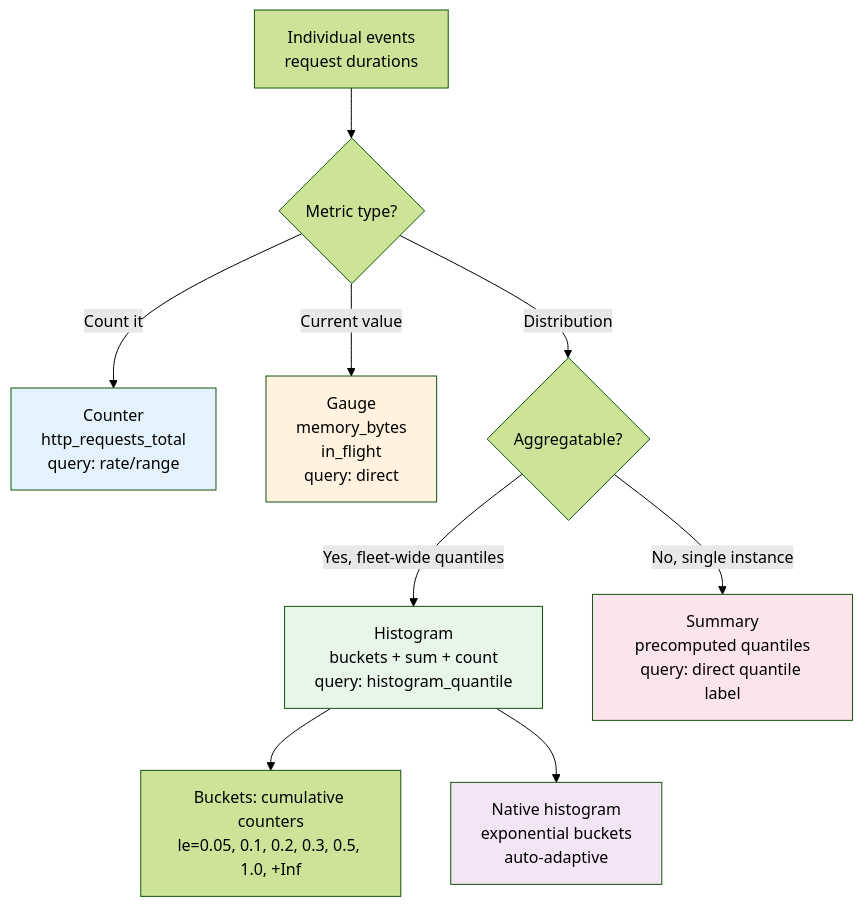
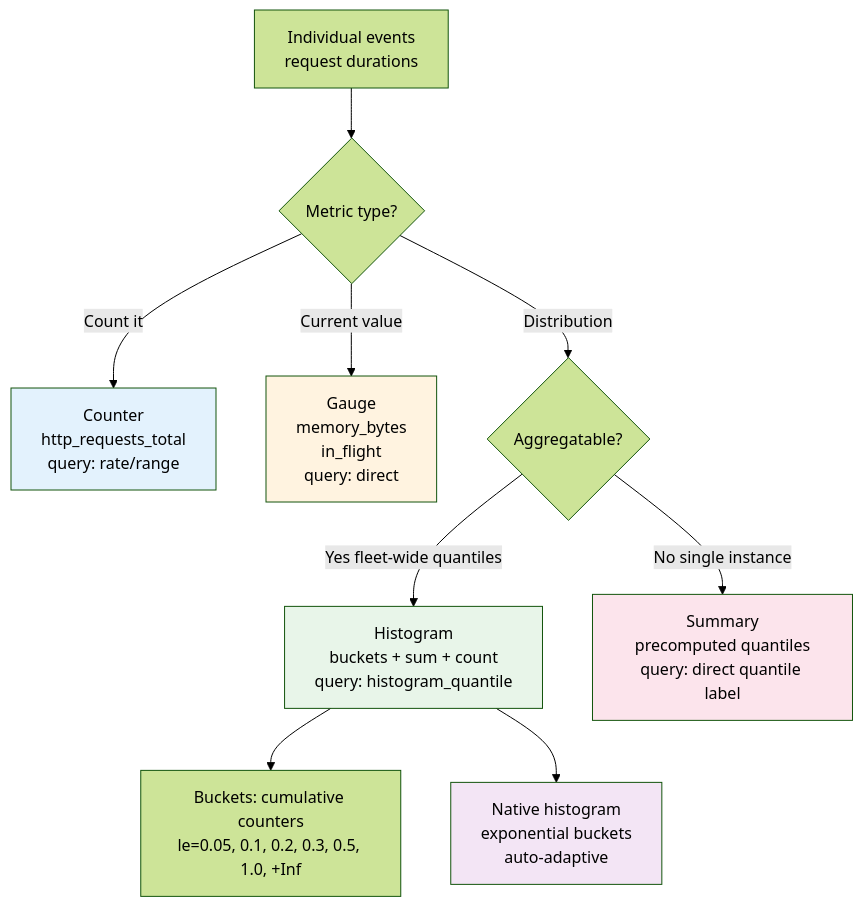
The first of 7 diagrams in vol-11-reliability-sre/ch02-metrics.md (bumbsclaw/textbooks), drawn with Mermaid (forest theme) before and after one commit. The commit also changed other lines of this file and 173 other files, not shown here.

First line of the commit message:
fix(mermaid): close note brackets, semicolons in Notes, stateDiagram br -> dash, edge parens

````diff
--- a/vol-11-reliability-sre/ch02-metrics.md
+++ b/vol-11-reliability-sre/ch02-metrics.md
@@ -195,17 +195,17 @@
 ```mermaid
 flowchart TB
     Events["Individual events<br/>request durations"] --> Counter{"Metric type?"}
     Counter -->|Count it| C["Counter<br/>http_requests_total<br/>query: rate/range"]
     Counter -->|Current value| G["Gauge<br/>memory_bytes<br/>in_flight<br/>query: direct"]
     Counter -->|Distribution| H{"Aggregatable?"}
-    H -->|Yes, fleet-wide quantiles| Hist["Histogram<br/>buckets + sum + count<br/>query: histogram_quantile"]
-    H -->|No, single instance| Summ["Summary<br/>precomputed quantiles<br/>query: direct quantile label"]
+    H -->|Yes fleet-wide quantiles| Hist["Histogram<br/>buckets + sum + count<br/>query: histogram_quantile"]
+    H -->|No single instance| Summ["Summary<br/>precomputed quantiles<br/>query: direct quantile label"]
     Hist --> Buckets["Buckets: cumulative counters<br/>le=0.05, 0.1, 0.2, 0.3, 0.5, 1.0, +Inf"]
     Hist --> Native["Native histogram<br/>exponential buckets<br/>auto-adaptive"]
 
     style C fill:#e3f2fd
     style G fill:#fff3e0
     style Hist fill:#e8f5e9
     style Summ fill:#fce4ec
     style Native fill:#f3e5f5
 ```
````
